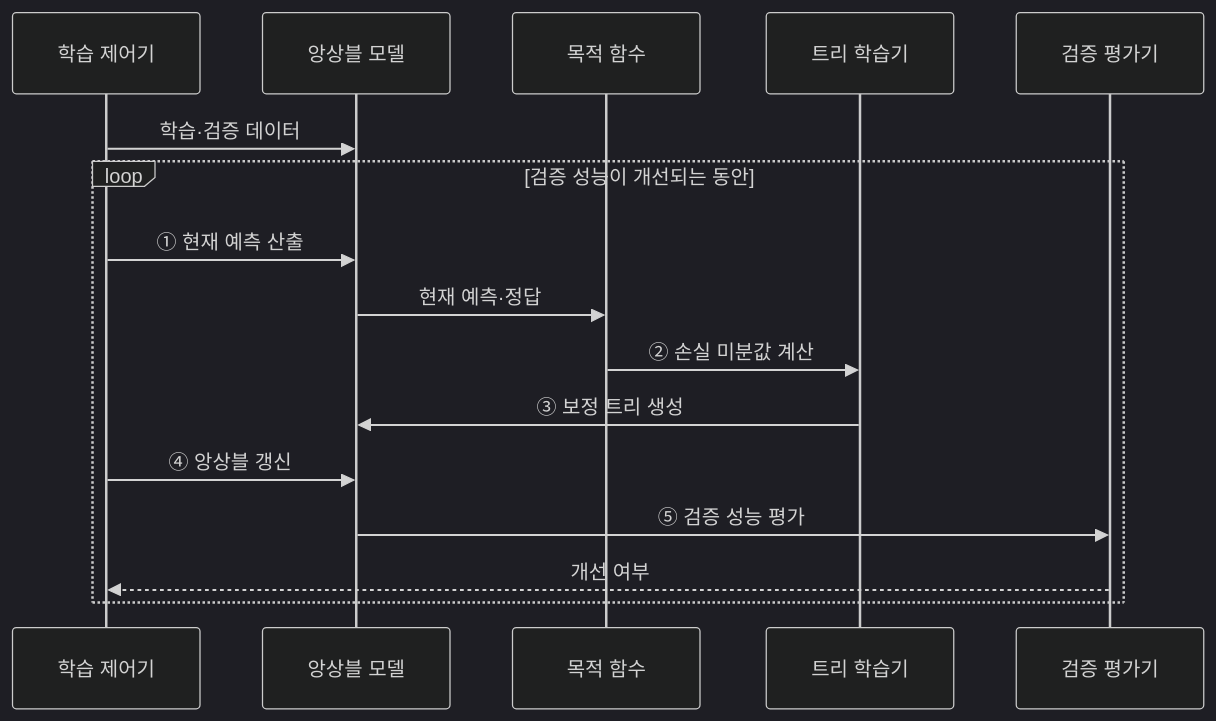
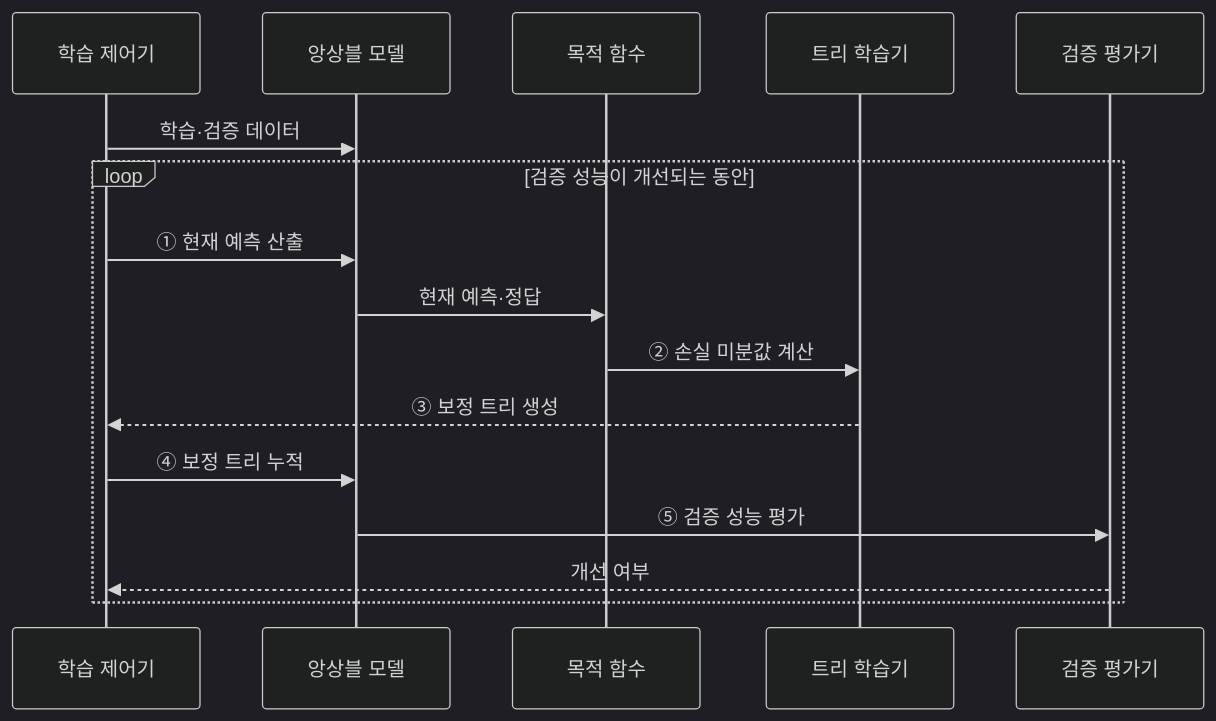
One commit to agnusdei1207/knowledge-base changed the second of 2 diagrams in src/content/docs/notes/01-basic-theory/053_xgboost_lightgbm.md. Above: the diagram before and after it, drawn with Mermaid (dark theme). The commit also changed 20 other files, not shown here.

````diff
--- a/src/content/docs/notes/01-basic-theory/053_xgboost_lightgbm.md
+++ b/src/content/docs/notes/01-basic-theory/053_xgboost_lightgbm.md
@@ -78,18 +78,18 @@
 ```mermaid
 sequenceDiagram
     participant C as 학습 제어기
     participant M as 앙상블 모델
     participant O as 목적 함수
     participant T as 트리 학습기
     participant V as 검증 평가기
     C->>M: 학습·검증 데이터
     loop 검증 성능이 개선되는 동안
         C->>M: ① 현재 예측 산출
         M->>O: 현재 예측·정답
         O->>T: ② 손실 미분값 계산
-        T->>M: ③ 보정 트리 생성
-        C->>M: ④ 앙상블 갱신
+        T-->>C: ③ 보정 트리 생성
+        C->>M: ④ 보정 트리 누적
         M->>V: ⑤ 검증 성능 평가
         V-->>C: 개선 여부
     end
 ```
````
